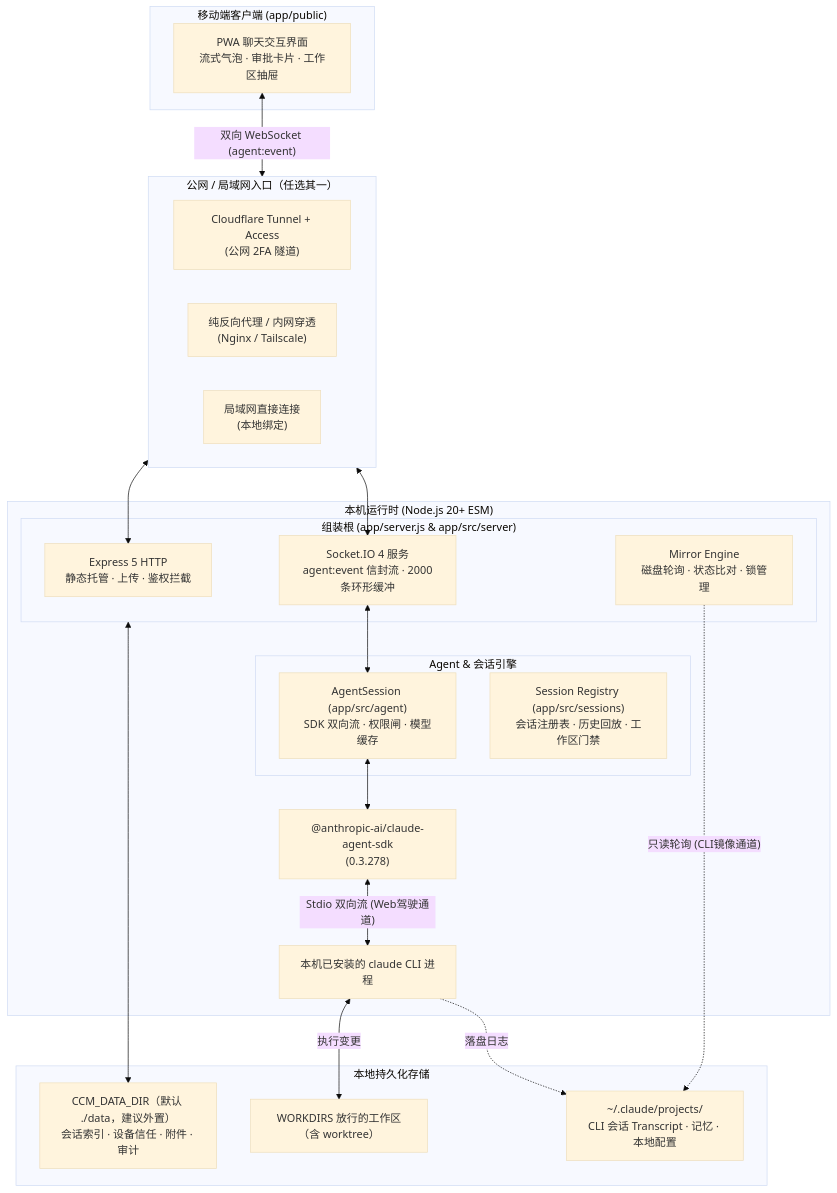
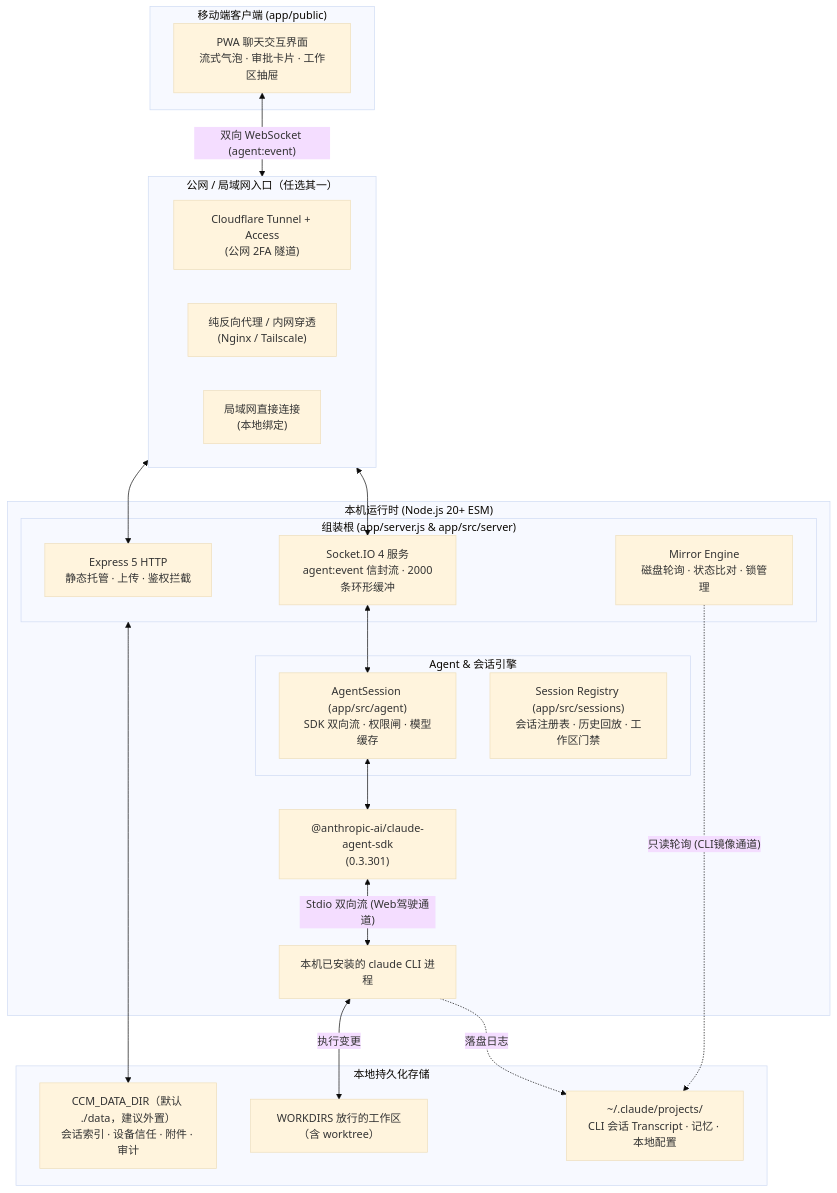
The diagram in docs-site/pages/architecture.md (Ike-li/claude-chat-mobile), drawn with Mermaid (base theme) before and after one commit. The commit also changed 40 other files, not shown here.

````diff
--- a/docs-site/pages/architecture.md
+++ b/docs-site/pages/architecture.md
@@ -14,44 +14,44 @@
 ```mermaid
 flowchart TB
   subgraph Client["移动端客户端 (app/public)"]
     UI["PWA 聊天交互界面\n流式气泡 · 审批卡片 · 工作区抽屉"]
   end
 
   subgraph Network["公网 / 局域网入口（任选其一）"]
     CF["Cloudflare Tunnel + Access\n(公网 2FA 隧道)"]
     RP["纯反向代理 / 内网穿透\n(Nginx / Tailscale)"]
     LAN["局域网直接连接\n(本地绑定)"]
   end
 
   subgraph Runtime["本机运行时 (Node.js 20+ ESM)"]
     subgraph HostServer["组装根 (app/server.js & app/src/server)"]
       HTTP["Express 5 HTTP\n静态托管 · 上传 · 鉴权拦截"]
       WS["Socket.IO 4 服务\nagent:event 信封流 · 2000条环形缓冲"]
       MirrorEng["Mirror Engine\n磁盘轮询 · 状态比对 · 锁管理"]
     end
 
     subgraph CoreEngine["Agent & 会话引擎"]
       Agent["AgentSession (app/src/agent)\nSDK 双向流 · 权限闸 · 模型缓存"]
       SessMgr["Session Registry (app/src/sessions)\n会话注册表 · 历史回放 · 工作区门禁"]
     end
 
-    SDK["@anthropic-ai/claude-agent-sdk\n(0.3.278)"]
+    SDK["@anthropic-ai/claude-agent-sdk\n(0.3.301)"]
     CLI["本机已安装的 claude CLI 进程"]
   end
 
   subgraph LocalStorage["本地持久化存储"]
     DataDir["CCM_DATA_DIR（默认 ./data，建议外置）\n会话索引 · 设备信任 · 附件 · 审计"]
     ClaudeHome["~/.claude/projects/\nCLI 会话 Transcript · 记忆 · 本地配置"]
     WorkTree["WORKDIRS 放行的工作区（含 worktree）"]
   end
 
   UI <-->|"双向 WebSocket (agent:event)"| Network
   Network <--> HTTP & WS
   WS <--> Agent
   Agent <--> SDK
   SDK <-->|"Stdio 双向流 (Web驾驶通道)"| CLI
   CLI <-->|"执行变更"| WorkTree
   CLI -.->|"落盘日志"| ClaudeHome
   MirrorEng -.->|"只读轮询 (CLI镜像通道)"| ClaudeHome
   HostServer <--> DataDir
 ```
````
